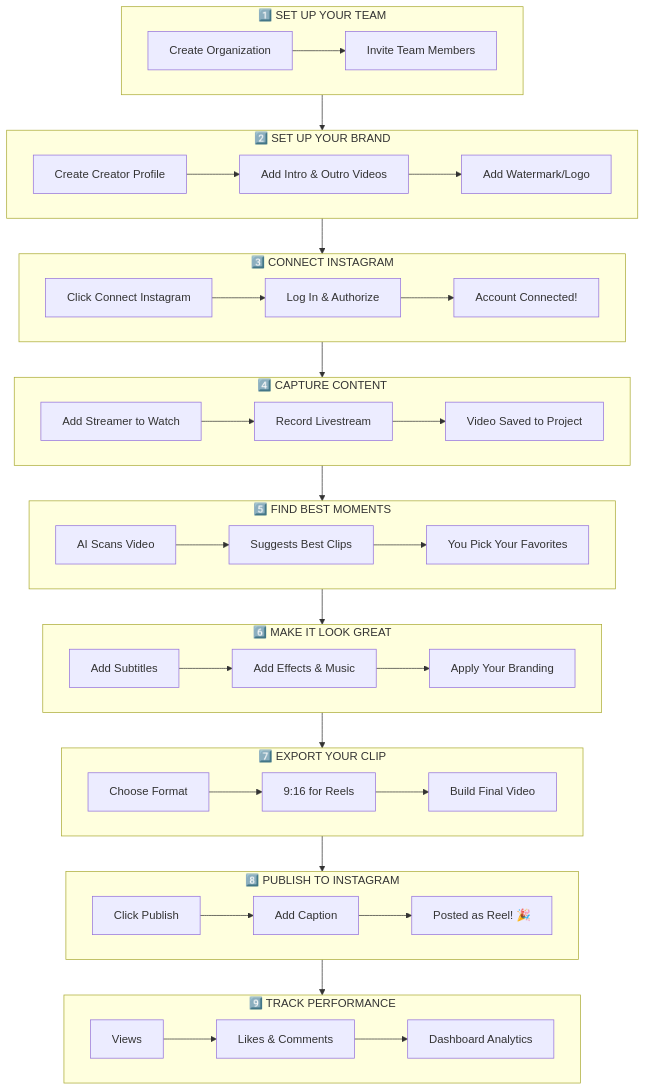
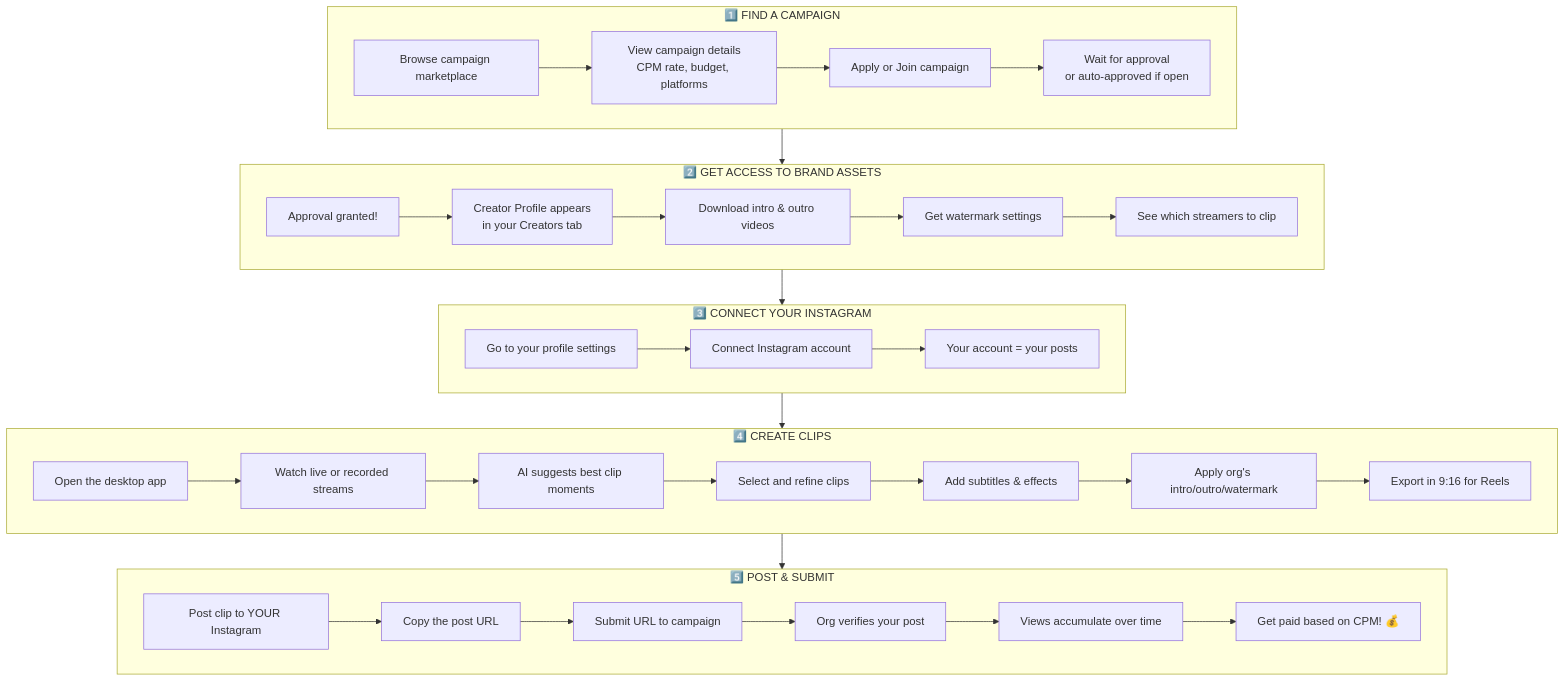
The fourth of 11 diagrams in INSTAGRAM_COMPLETE_FLOW_CHART.md (snowdamiz/clippster-mono), drawn with Mermaid before and after one commit. The commit also changed other lines of this file, not shown here.

````diff
--- a/INSTAGRAM_COMPLETE_FLOW_CHART.md
+++ b/INSTAGRAM_COMPLETE_FLOW_CHART.md
@@ -17,57 +121,39 @@
 ```mermaid
 flowchart TB
-    subgraph step1 [" 1️⃣  SET UP YOUR TEAM "]
-        direction LR
-        A1[Create Organization] --> A2[Invite Team Members]
+    subgraph find_work [" 1️⃣  FIND A CAMPAIGN "]
+        A1[Browse campaign marketplace] --> A2[View campaign details<br/>CPM rate, budget, platforms]
+        A2 --> A3[Apply or Join campaign]
+        A3 --> A4[Wait for approval<br/>or auto-approved if open]
     end
 
-    subgraph step2 [" 2️⃣  SET UP YOUR BRAND "]
-        direction LR
-        B1[Create Creator Profile] --> B2[Add Intro & Outro Videos]
-        B2 --> B3[Add Watermark/Logo]
+    subgraph get_access [" 2️⃣  GET ACCESS TO BRAND ASSETS "]
+        B1[Approval granted!] --> B2[Creator Profile appears<br/>in your Creators tab]
+        B2 --> B3[Download intro & outro videos]
+        B3 --> B4[Get watermark settings]
+        B4 --> B5[See which streamers to clip]
     end
 
-    subgraph step3 [" 3️⃣  CONNECT INSTAGRAM "]
-        direction LR
-        C1[Click Connect Instagram] --> C2[Log In & Authorize]
-        C2 --> C3[Account Connected!]
+    subgraph connect_social [" 3️⃣  CONNECT YOUR INSTAGRAM "]
+        C1[Go to your profile settings] --> C2[Connect Instagram account]
+        C2 --> C3[Your account = your posts]
     end
 
-    subgraph step4 [" 4️⃣  CAPTURE CONTENT "]
-        direction LR
-        D1[Add Streamer to Watch] --> D2[Record Livestream]
-        D2 --> D3[Video Saved to Project]
+    subgraph create_clips [" 4️⃣  CREATE CLIPS "]
+        D1[Open the desktop app] --> D2[Watch live or recorded streams]
+        D2 --> D3[AI suggests best clip moments]
+        D3 --> D4[Select and refine clips]
+        D4 --> D5[Add subtitles & effects]
+        D5 --> D6[Apply org's intro/outro/watermark]
+        D6 --> D7[Export in 9:16 for Reels]
     end
 
-    subgraph step5 [" 5️⃣  FIND BEST MOMENTS "]
-        direction LR
-        E1[AI Scans Video] --> E2[Suggests Best Clips]
-        E2 --> E3[You Pick Your Favorites]
+    subgraph post_submit [" 5️⃣  POST & SUBMIT "]
+        E1[Post clip to YOUR Instagram] --> E2[Copy the post URL]
+        E2 --> E3[Submit URL to campaign]
+        E3 --> E4[Org verifies your post]
+        E4 --> E5[Views accumulate over time]
+        E5 --> E6[Get paid based on CPM! 💰]
     end
 
-    subgraph step6 [" 6️⃣  MAKE IT LOOK GREAT "]
-        direction LR
-        F1[Add Subtitles] --> F2[Add Effects & Music]
-        F2 --> F3[Apply Your Branding]
-    end
-
-    subgraph step7 [" 7️⃣  EXPORT YOUR CLIP "]
-        direction LR
-        G1[Choose Format] --> G2[9:16 for Reels]
-        G2 --> G3[Build Final Video]
-    end
-
-    subgraph step8 [" 8️⃣  PUBLISH TO INSTAGRAM "]
-        direction LR
-        H1[Click Publish] --> H2[Add Caption]
-        H2 --> H3[Posted as Reel! 🎉]
-    end
-
-    subgraph step9 [" 9️⃣  TRACK PERFORMANCE "]
-        direction LR
-        I1[Views] --> I2[Likes & Comments]
-        I2 --> I3[Dashboard Analytics]
-    end
-
-    step1 --> step2 --> step3 --> step4 --> step5 --> step6 --> step7 --> step8 --> step9
+    find_work --> get_access --> connect_social --> create_clips --> post_submit
 ```
````
